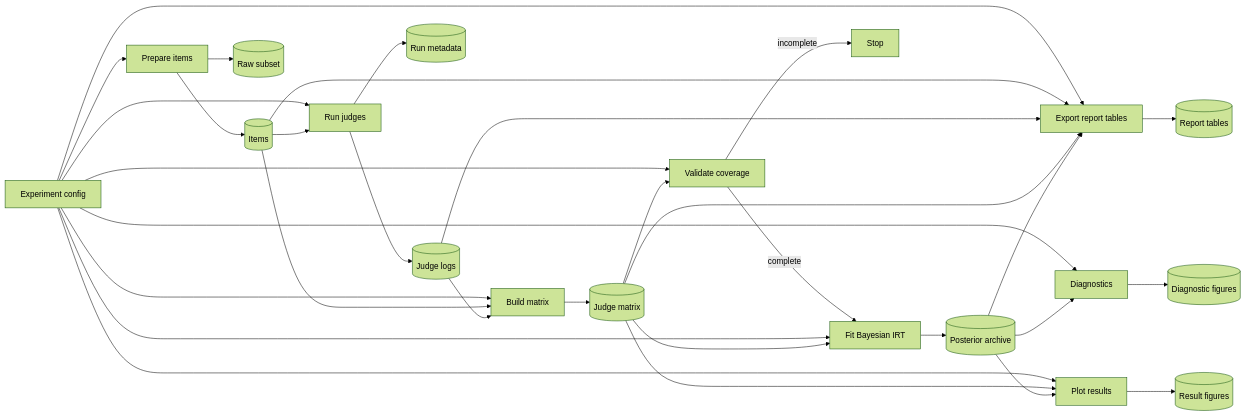
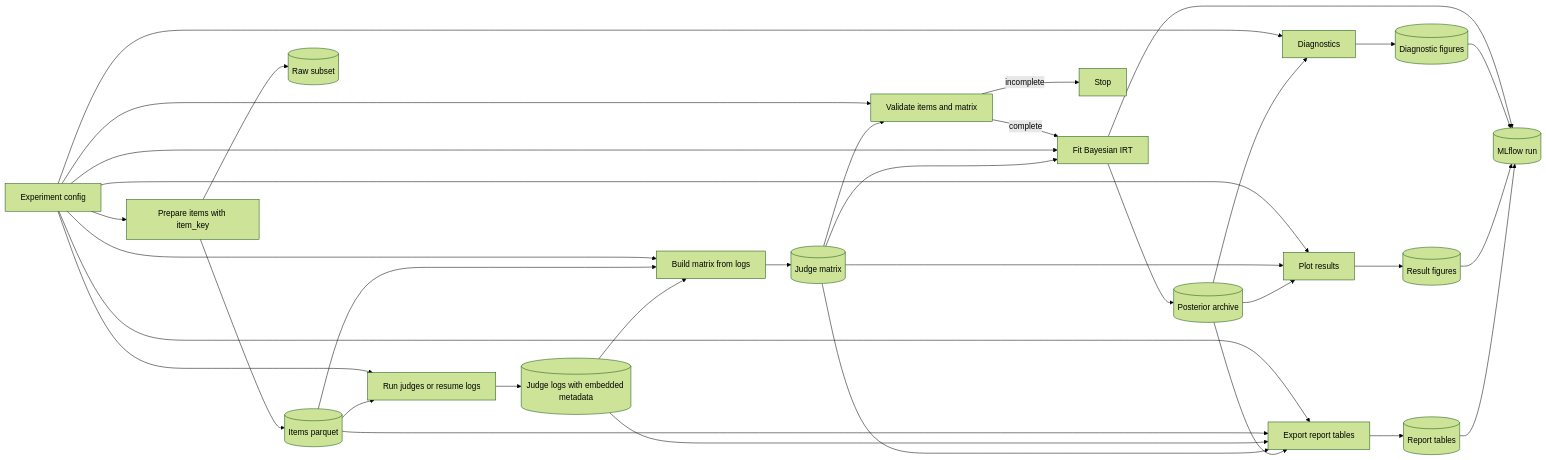
One commit to 0guban0v/bayesian-llm-judge-reliability changed the first of 2 diagrams in docs/structure.md. Above: the diagram before and after it, drawn with Mermaid (forest theme). The commit also changed other lines of this file and 40 other files, not shown here.

````diff
--- a/docs/structure.md
+++ b/docs/structure.md
@@ -19,41 +19,44 @@
 ```mermaid
 flowchart LR
-    C[Experiment config] --> I[Prepare items]
-    I --> IP[(Items)]
+    C[Experiment config] --> I[Prepare items with item_key]
+    I --> IP[(Items parquet)]
     I --> RS[(Raw subset)]
 
-    C --> J[Run judges]
+    C --> J[Run judges or resume logs]
     IP --> J
-    J --> LJ[(Judge logs)]
-    J --> SC[(Run metadata)]
+    J --> LJ[(Judge logs with embedded metadata)]
 
-    C --> M[Build matrix]
+    C --> M[Build matrix from logs]
     IP --> M
     LJ --> M
     M --> MP[(Judge matrix)]
 
-    C --> V[Validate coverage]
+    C --> V[Validate items and matrix]
     MP --> V
     V -->|complete| N[Fit Bayesian IRT]
     V -->|incomplete| X[Stop]
 
     C --> N
     MP --> N
     N --> P[(Posterior archive)]
+    N --> ML[(MLflow run)]
 
     C --> D[Diagnostics]
     P --> D
     D --> FD[(Diagnostic figures)]
+    FD --> ML
 
     C --> PL[Plot results]
     MP --> PL
     P --> PL
     PL --> FF[(Result figures)]
+    FF --> ML
 
     C --> R[Export report tables]
     IP --> R
     LJ --> R
     MP --> R
     P --> R
     R --> TX[(Report tables)]
+    TX --> ML
 ```
````
